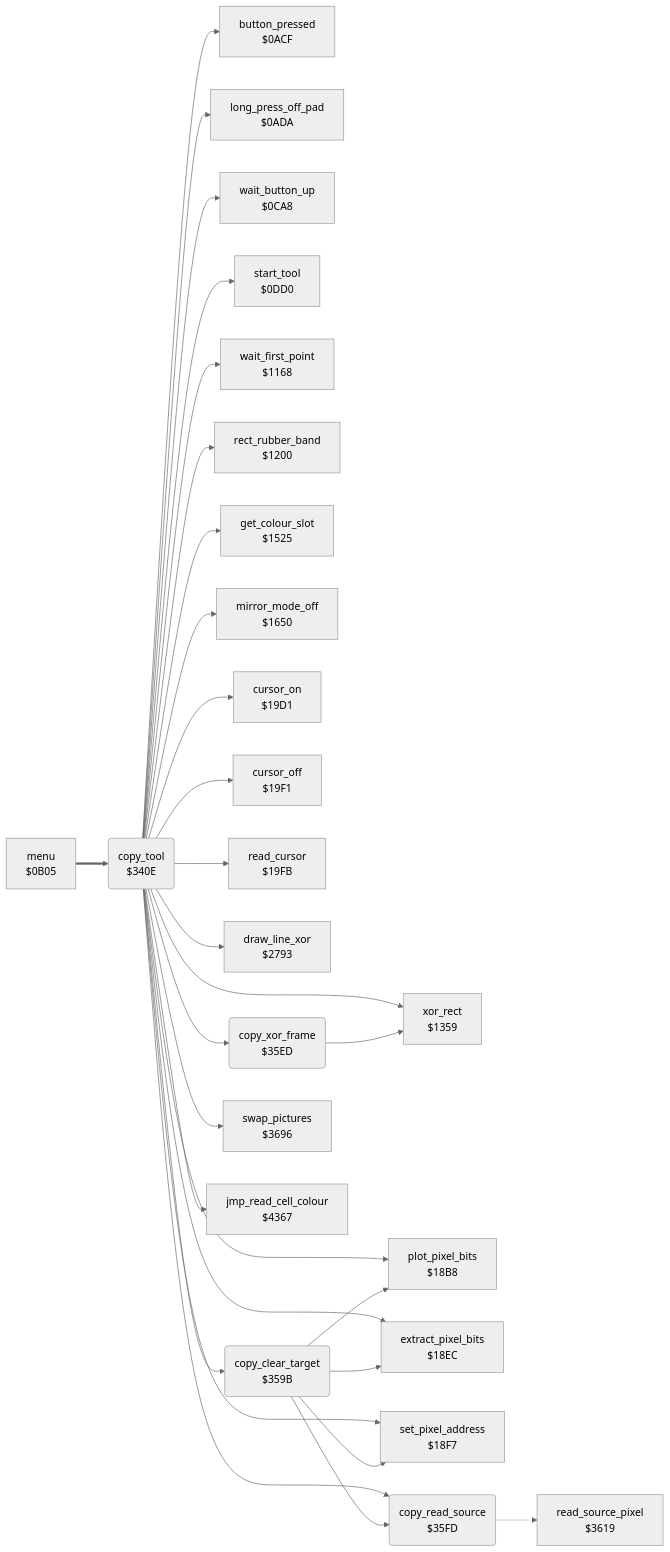
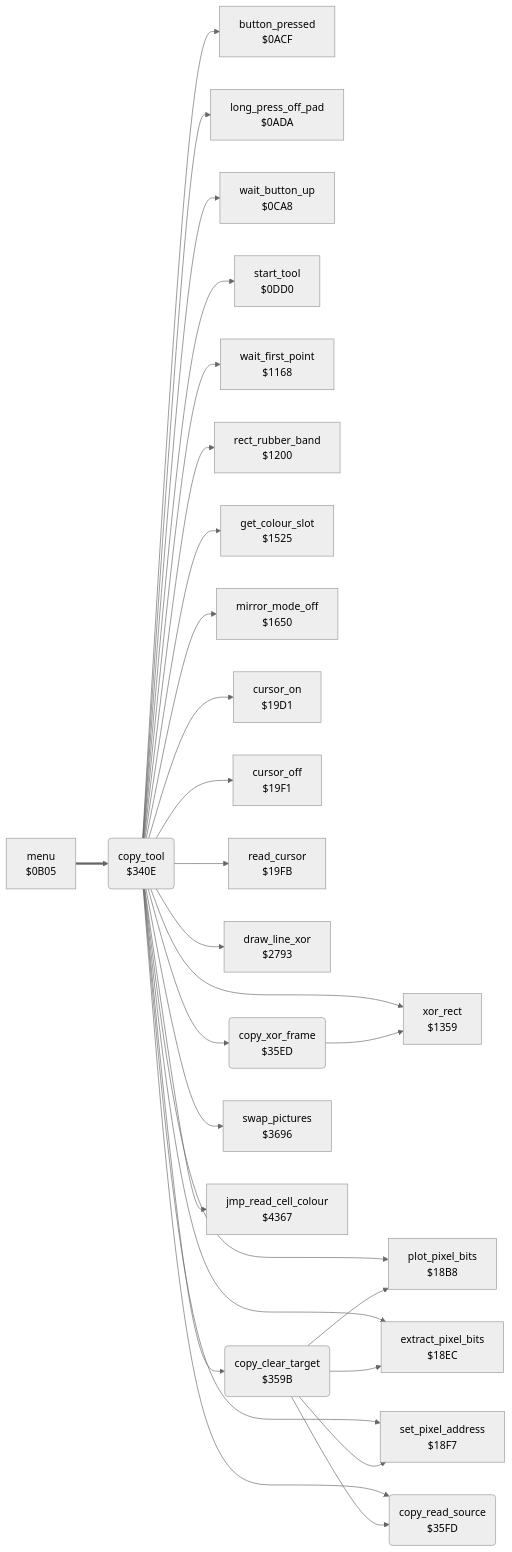
The diagram in koala_painter/v2/docs/reference/modules/tools/copy.md (henols/c64_games), drawn with Mermaid (neutral theme) before and after one commit. The commit also changed other lines of this file and 1100 other files, not shown here.

````diff
--- a/koala_painter/v2/docs/reference/modules/tools/copy.md
+++ b/koala_painter/v2/docs/reference/modules/tools/copy.md
@@ -10,55 +19,53 @@
 ```mermaid
 flowchart LR
   n0acf["button_pressed<br/>$0ACF"]
   n0ada["long_press_off_pad<br/>$0ADA"]
   n0b05["menu<br/>$0B05"]
   n0ca8["wait_button_up<br/>$0CA8"]
   n0dd0["start_tool<br/>$0DD0"]
   n1168["wait_first_point<br/>$1168"]
   n1200["rect_rubber_band<br/>$1200"]
   n1359["xor_rect<br/>$1359"]
   n1525["get_colour_slot<br/>$1525"]
   n1650["mirror_mode_off<br/>$1650"]
   n18b8["plot_pixel_bits<br/>$18B8"]
   n18ec["extract_pixel_bits<br/>$18EC"]
   n18f7["set_pixel_address<br/>$18F7"]
   n19d1["cursor_on<br/>$19D1"]
   n19f1["cursor_off<br/>$19F1"]
   n19fb["read_cursor<br/>$19FB"]
   n2793["draw_line_xor<br/>$2793"]
   n340e("copy_tool<br/>$340E")
   n359b("copy_clear_target<br/>$359B")
   n35ed("copy_xor_frame<br/>$35ED")
   n35fd("copy_read_source<br/>$35FD")
-  n3619["read_source_pixel<br/>$3619"]
   n3696["swap_pictures<br/>$3696"]
   n4367["jmp_read_cell_colour<br/>$4367"]
   n0b05 ==> n340e
   n340e --> n0acf
   n340e --> n0ada
   n340e --> n0ca8
   n340e --> n0dd0
   n340e --> n1168
   n340e --> n1200
   n340e --> n1359
   n340e --> n1525
   n340e --> n1650
   n340e --> n18b8
   n340e --> n18ec
   n340e --> n18f7
   n340e --> n19d1
   n340e --> n19f1
   n340e --> n19fb
   n340e --> n2793
   n340e --> n359b
   n340e --> n35ed
   n340e --> n35fd
   n340e --> n3696
   n340e --> n4367
   n359b --> n18b8
   n359b --> n18ec
   n359b --> n18f7
   n359b --> n35fd
   n35ed --> n1359
-  n35fd -.-> n3619
 ```
````
